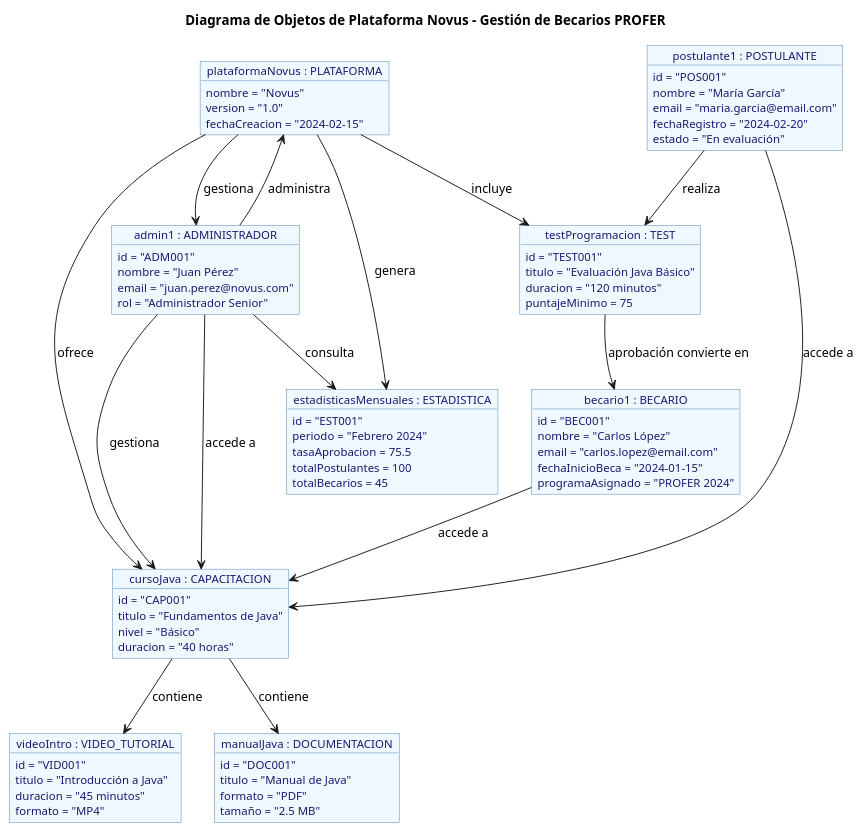
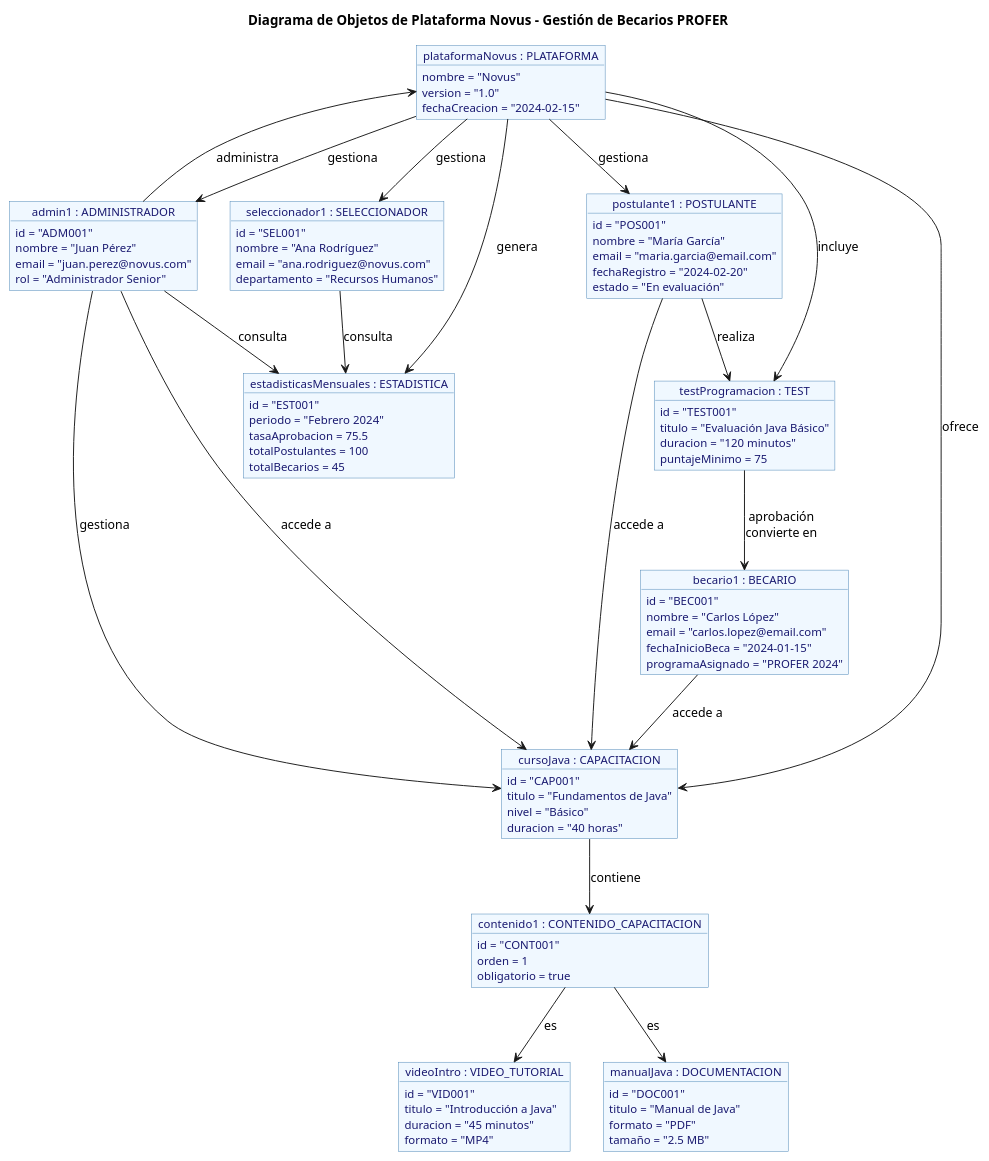
The diagram in modelo_del_dominio/diagramas_de_objetos/objetos.puml (Dievex/24-25-IdSw1-SDR), drawn with PlantUML before and after one commit. The commit also changed 3 other files, not shown here.

Commit message:
feat(model): update object diagram with new entities and relationships

```diff
--- a/modelo_del_dominio/diagramas_de_objetos/objetos.puml
+++ b/modelo_del_dominio/diagramas_de_objetos/objetos.puml
@@ -1,101 +1,119 @@
 @startuml Diagrama_de_Objetos_Novus
 hide circles
 title Diagrama de Objetos de Plataforma Novus - Gestión de Becarios PROFER
 
 skinparam {
     ObjectBackgroundColor #f0f8ff
     ObjectBorderColor #4682b4
     ObjectFontColor #000000
     ObjectFontSize 14
     ObjectAttributeFontColor #191970
     ObjectAttributeFontSize 12
 }
 
 ' Definición de objetos con atributos
 
 object "plataformaNovus : PLATAFORMA" as plataforma {
     nombre = "Novus"
     version = "1.0"
     fechaCreacion = "2024-02-15"
 }
 
 object "admin1 : ADMINISTRADOR" as admin {
     id = "ADM001"
     nombre = "Juan Pérez"
     email = "juan.perez@novus.com"
     rol = "Administrador Senior"
 }
 
 object "postulante1 : POSTULANTE" as postulante {
     id = "POS001"
     nombre = "María García"
     email = "maria.garcia@email.com"
     fechaRegistro = "2024-02-20"
     estado = "En evaluación"
 }
 
 object "becario1 : BECARIO" as becario {
     id = "BEC001"
     nombre = "Carlos López"
     email = "carlos.lopez@email.com"
     fechaInicioBeca = "2024-01-15"
     programaAsignado = "PROFER 2024"
 }
 
+object "seleccionador1 : SELECCIONADOR" as seleccionador {
+    id = "SEL001"
+    nombre = "Ana Rodríguez"
+    email = "ana.rodriguez@novus.com"
+    departamento = "Recursos Humanos"
+}
+
 object "testProgramacion : TEST" as test {
     id = "TEST001"
     titulo = "Evaluación Java Básico"
     duracion = "120 minutos"
     puntajeMinimo = 75
 }
 
 object "cursoJava : CAPACITACION" as capacitacion {
     id = "CAP001"
     titulo = "Fundamentos de Java"
     nivel = "Básico"
     duracion = "40 horas"
+}
+
+object "contenido1 : CONTENIDO_CAPACITACION" as contenido {
+    id = "CONT001"
+    orden = 1
+    obligatorio = true
 }
 
 object "videoIntro : VIDEO_TUTORIAL" as video {
     id = "VID001"
     titulo = "Introducción a Java"
     duracion = "45 minutos"
     formato = "MP4"
 }
 
 object "manualJava : DOCUMENTACION" as doc {
     id = "DOC001"
     titulo = "Manual de Java"
     formato = "PDF"
     tamaño = "2.5 MB"
 }
 
 object "estadisticasMensuales : ESTADISTICA" as estadistica {
     id = "EST001"
     periodo = "Febrero 2024"
     tasaAprobacion = 75.5
     totalPostulantes = 100
     totalBecarios = 45
 }
 
 ' Relaciones entre objetos
 plataforma --> estadistica : genera
 plataforma --> admin : gestiona
+plataforma --> postulante : gestiona
+plataforma --> seleccionador : gestiona
 plataforma --> test : incluye
 plataforma --> capacitacion : ofrece
 
 admin --> plataforma : administra
 admin --> capacitacion : gestiona
 admin --> estadistica : consulta
 
-capacitacion --> video : contiene
-capacitacion --> doc : contiene
+seleccionador --> estadistica : consulta
+
+capacitacion --> contenido : contiene
+contenido --> video : es
+contenido --> doc : es
 
 postulante --> test : realiza
-test --> becario : aprobación convierte en
+test --> becario : "aprobación\nconvierte en"
 
 admin --> capacitacion : accede a
 postulante --> capacitacion : accede a
 becario --> capacitacion : accede a
 
 @enduml
```
